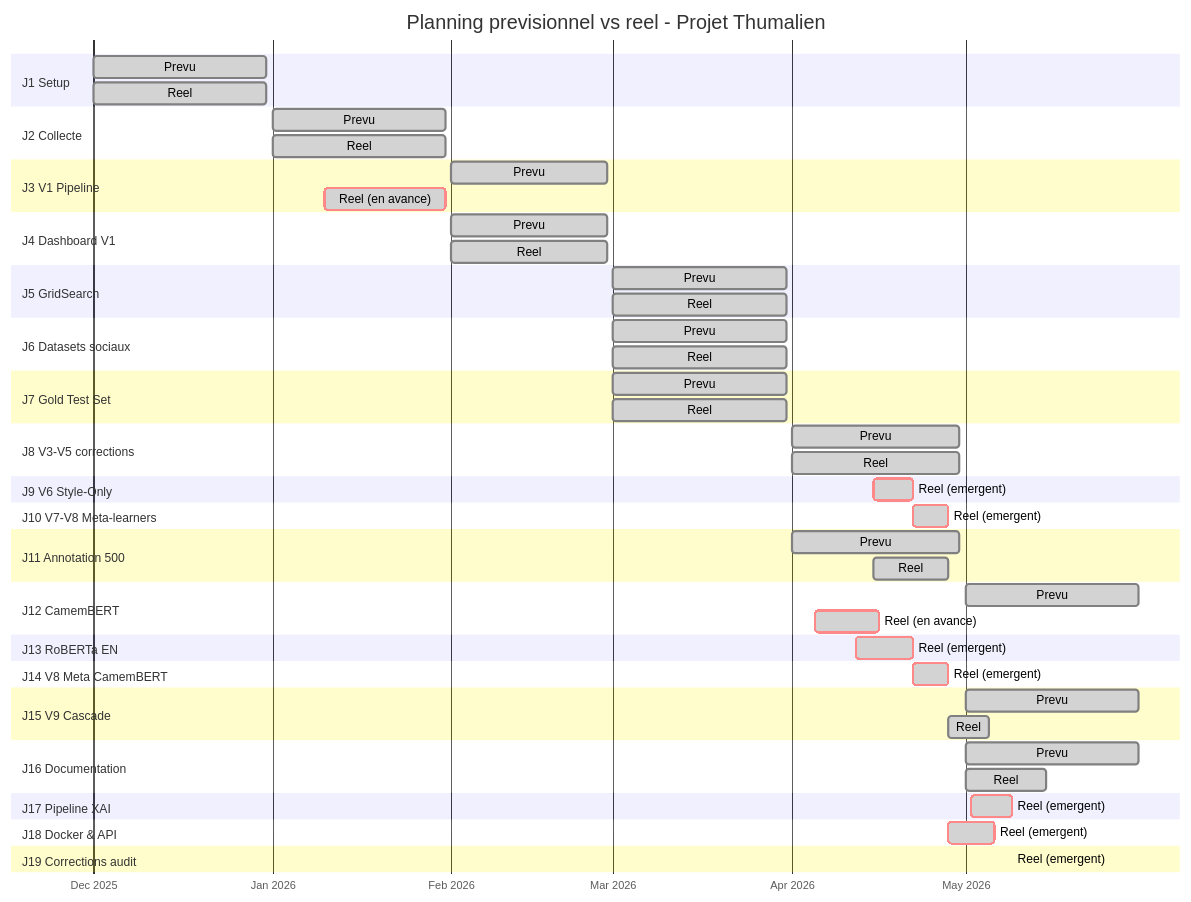
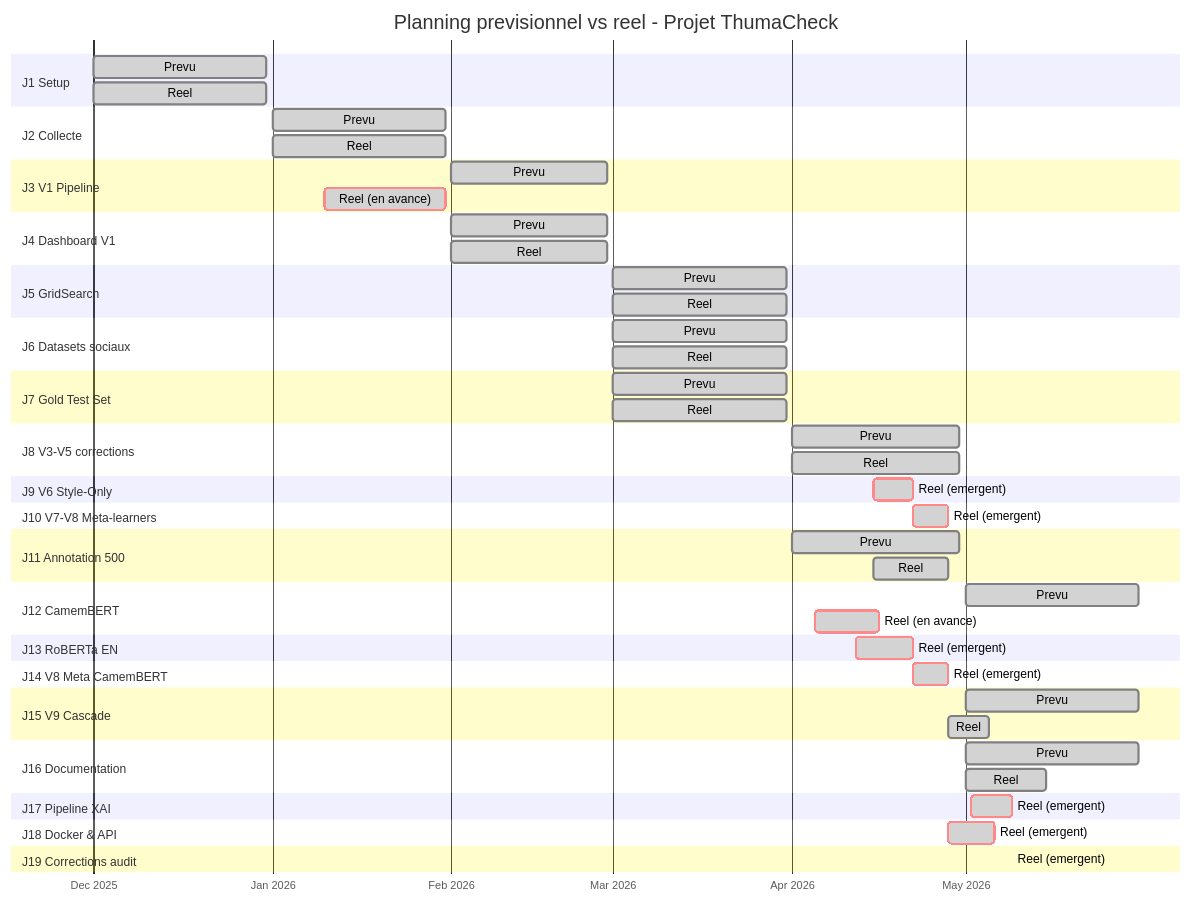
One commit to azelbanks/projet_etude changed the second of 2 diagrams in docs/08_planification_gantt.md. Above: the diagram before and after it, drawn with Mermaid. The commit also changed other lines of this file and 60 other files, not shown here.

````diff
--- a/docs/08_planification_gantt.md
+++ b/docs/08_planification_gantt.md
@@ -525,76 +525,76 @@
 ```mermaid
 gantt
-    title Planning previsionnel vs reel - Projet Thumalien
+    title Planning previsionnel vs reel - Projet ThumaCheck
     dateFormat YYYY-MM-DD
     axisFormat %b %Y
     todayMarker off
 
     section J1 Setup
     Prevu                          :done, j1p, 2025-12-01, 2025-12-31
     Reel                           :done, j1r, 2025-12-01, 2025-12-31
 
     section J2 Collecte
     Prevu                          :done, j2p, 2026-01-01, 2026-01-31
     Reel                           :done, j2r, 2026-01-01, 2026-01-31
 
     section J3 V1 Pipeline
     Prevu                          :done, j3p, 2026-02-01, 2026-02-28
     Reel (en avance)               :done, crit, j3r, 2026-01-10, 2026-01-31
 
     section J4 Dashboard V1
     Prevu                          :done, j4p, 2026-02-01, 2026-02-28
     Reel                           :done, j4r, 2026-02-01, 2026-02-28
 
     section J5 GridSearch
     Prevu                          :done, j5p, 2026-03-01, 2026-03-31
     Reel                           :done, j5r, 2026-03-01, 2026-03-31
 
     section J6 Datasets sociaux
     Prevu                          :done, j6p, 2026-03-01, 2026-03-31
     Reel                           :done, j6r, 2026-03-01, 2026-03-31
 
     section J7 Gold Test Set
     Prevu                          :done, j7p, 2026-03-01, 2026-03-31
     Reel                           :done, j7r, 2026-03-01, 2026-03-31
 
     section J8 V3-V5 corrections
     Prevu                          :done, j8p, 2026-04-01, 2026-04-30
     Reel                           :done, j8r, 2026-04-01, 2026-04-30
 
     section J9 V6 Style-Only
     Reel (emergent)                :done, crit, j9r, 2026-04-15, 2026-04-22
 
     section J10 V7-V8 Meta-learners
     Reel (emergent)                :done, crit, j10r, 2026-04-22, 2026-04-28
 
     section J11 Annotation 500
     Prevu                          :done, j11p, 2026-04-01, 2026-04-30
     Reel                           :done, j11r, 2026-04-15, 2026-04-28
 
     section J12 CamemBERT
     Prevu                          :done, j12p, 2026-05-01, 2026-05-31
     Reel (en avance)               :done, crit, j12r, 2026-04-05, 2026-04-16
 
     section J13 RoBERTa EN
     Reel (emergent)                :done, crit, j13r, 2026-04-12, 2026-04-22
 
     section J14 V8 Meta CamemBERT
     Reel (emergent)                :done, crit, j14r, 2026-04-22, 2026-04-28
 
     section J15 V9 Cascade
     Prevu                          :done, j15p, 2026-05-01, 2026-05-31
     Reel                           :done, j15r, 2026-04-28, 2026-05-05
 
     section J16 Documentation
     Prevu                          :done, j16p, 2026-05-01, 2026-05-31
     Reel                           :done, j16r, 2026-05-01, 2026-05-15
 
     section J17 Pipeline XAI
     Reel (emergent)                :done, crit, j17r, 2026-05-02, 2026-05-09
 
     section J18 Docker & API
     Reel (emergent)                :done, crit, j18r, 2026-04-28, 2026-05-06
 
     section J19 Corrections audit
     Reel (emergent)                :done, crit, j19r, 2026-05-09, 2026-05-09
 ```
````
